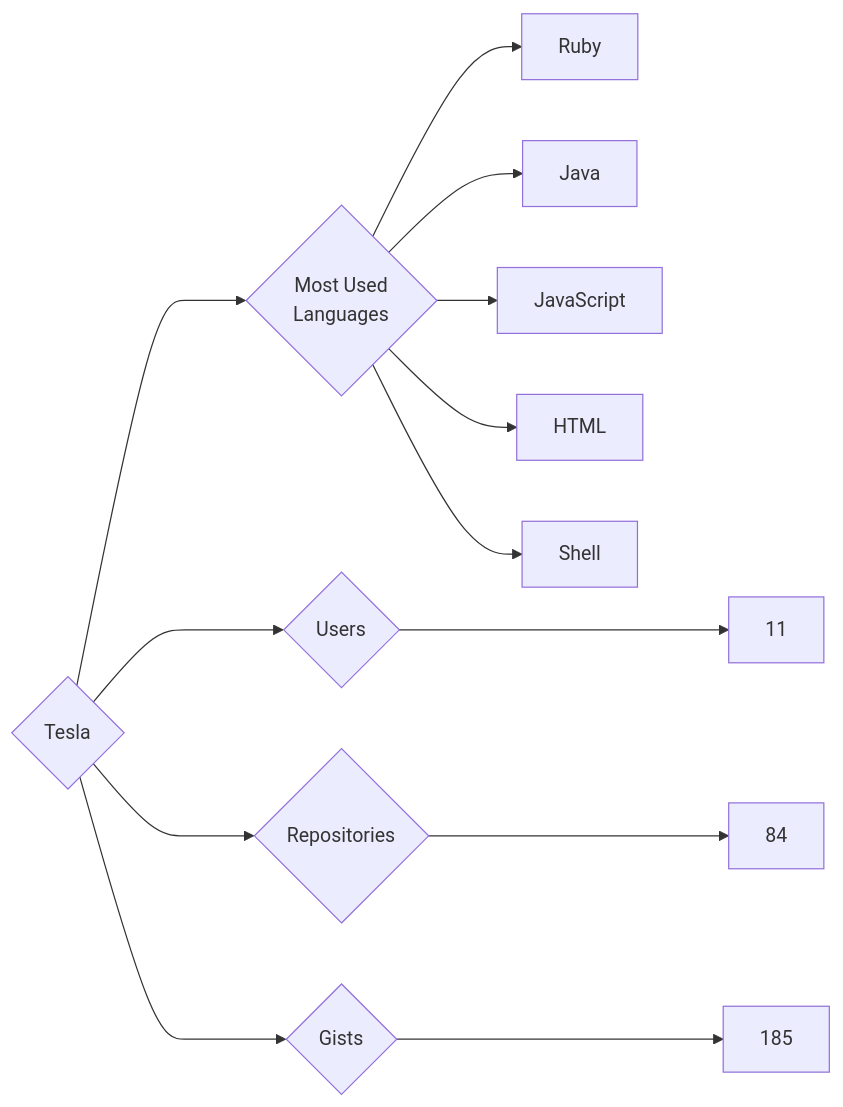
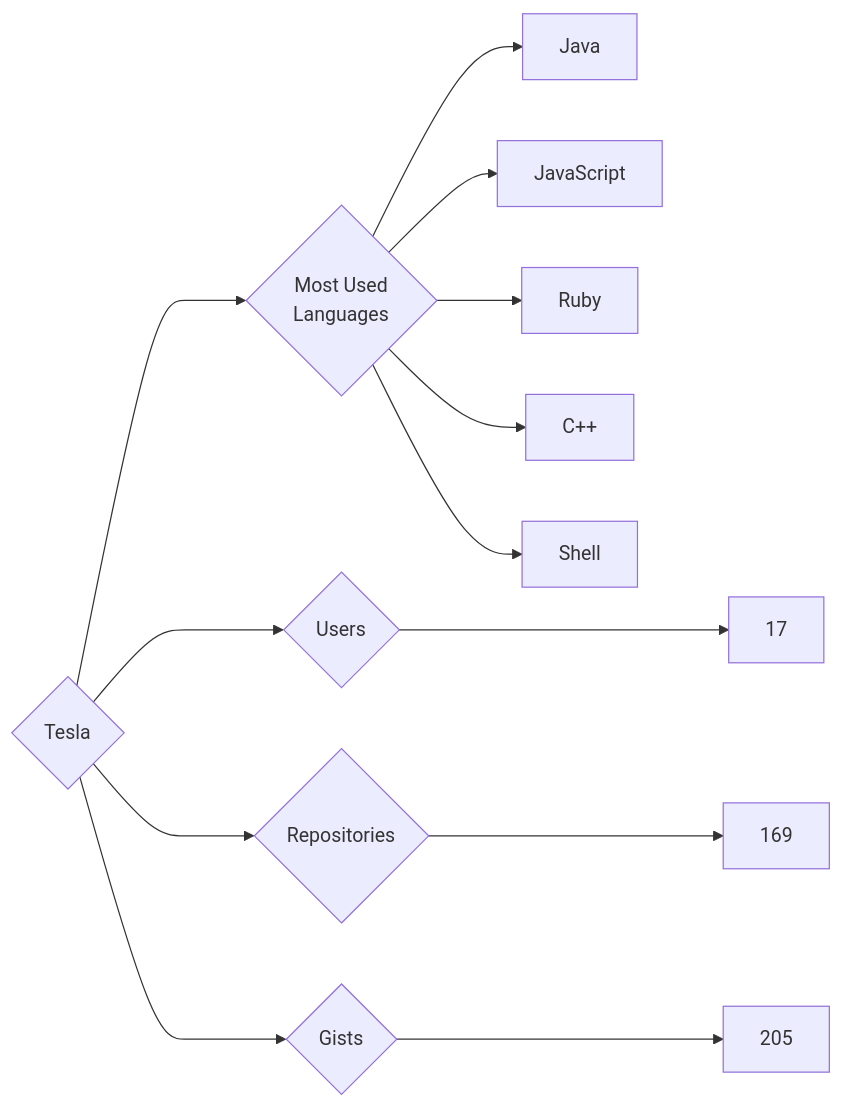
The diagram in targets/Tesla/README.md (trickest/insiders), drawn with Mermaid before and after one commit. The commit also changed 1484 other files, not shown here.

````diff
--- a/targets/Tesla/README.md
+++ b/targets/Tesla/README.md
@@ -3,13 +3,13 @@
 ```mermaid
 graph LR
 COMPANY_NAME{Tesla}
-COMPANY_NAME ---> U{Users} ---> UN[11]
-COMPANY_NAME ---> R{Repositories} ---> RN[84]
-COMPANY_NAME ---> G{Gists} ---> GN[185]
+COMPANY_NAME ---> U{Users} ---> UN[17]
+COMPANY_NAME ---> R{Repositories} ---> RN[169]
+COMPANY_NAME ---> G{Gists} ---> GN[205]
 COMPANY_NAME ---> ML{Most Used<br>Languages}
-ML --> Ruby[Ruby]
 ML --> Java[Java]
 ML --> JavaScript[JavaScript]
-ML --> HTML[HTML]
+ML --> Ruby[Ruby]
+ML --> C++[C++]
 ML --> Shell[Shell]
 ```
````
